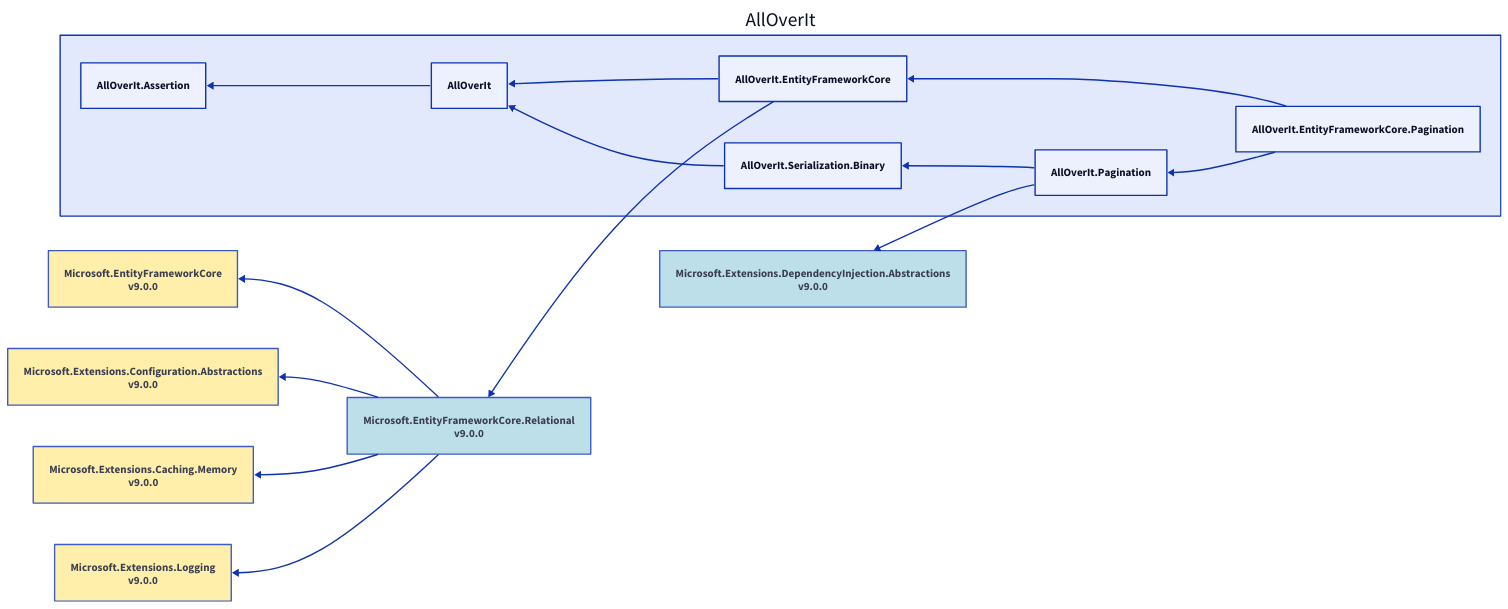
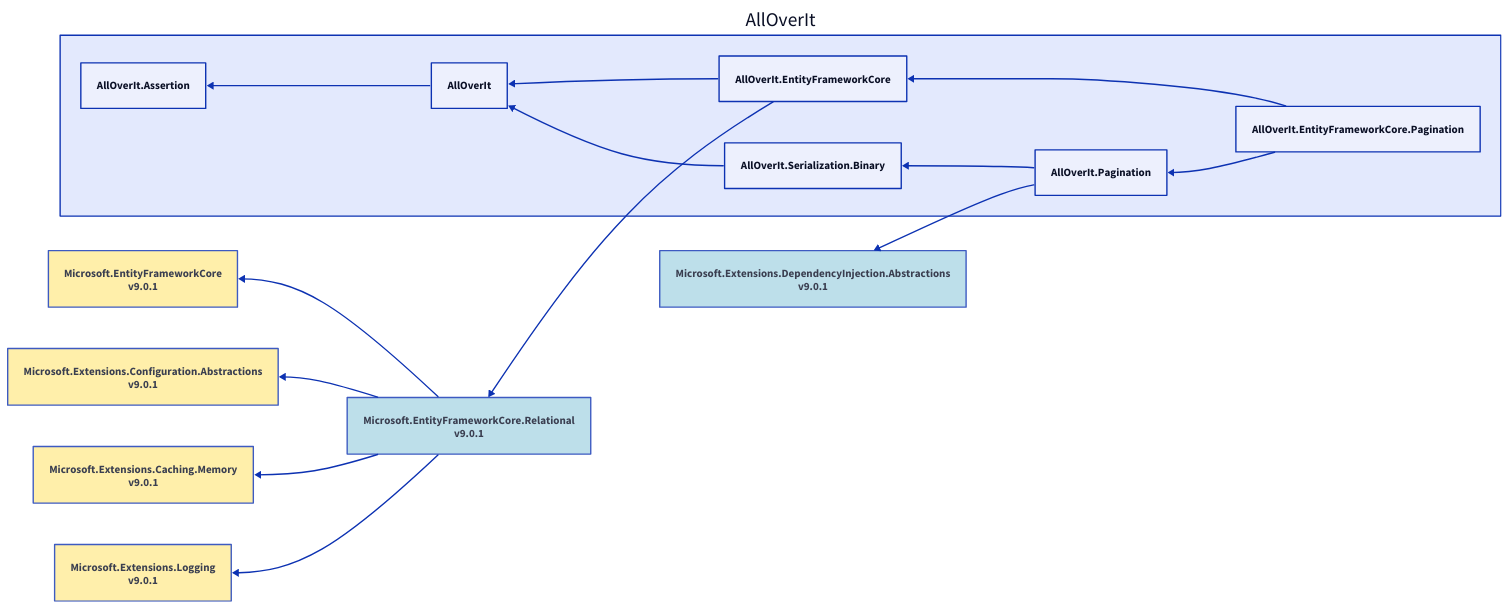
The diagram in Docs/Reference/Content/images/dependencies/net9.0/alloverit-entityframeworkcore-pagination.d2 (mjfreelancing/AllOverIt), drawn with D2 before and after one commit. The commit also changed 111 other files, not shown here.

```diff
--- a/Docs/Reference/Content/images/dependencies/net9.0/alloverit-entityframeworkcore-pagination.d2
+++ b/Docs/Reference/Content/images/dependencies/net9.0/alloverit-entityframeworkcore-pagination.d2
@@ -1,39 +1,39 @@
 direction: left
 
 aoi: AllOverIt
 aoi.alloverit-entityframeworkcore-pagination: AllOverIt.EntityFrameworkCore.Pagination
 aoi.alloverit-entityframeworkcore: AllOverIt.EntityFrameworkCore
-microsoft-entityframeworkcore-relational_9-0-0: Microsoft.EntityFrameworkCore.Relational\nv9.0.0
-microsoft-entityframeworkcore-relational_9-0-0.style.fill: "#ADD8E6"
-microsoft-entityframeworkcore-relational_9-0-0.style.opacity: 0.8
-microsoft-entityframeworkcore_9-0-0: Microsoft.EntityFrameworkCore\nv9.0.0
-microsoft-entityframeworkcore_9-0-0.style.fill: "#FFEC96"
-microsoft-entityframeworkcore_9-0-0.style.opacity: 0.8
-microsoft-entityframeworkcore_9-0-0 <- microsoft-entityframeworkcore-relational_9-0-0
-microsoft-extensions-configuration-abstractions_9-0-0: Microsoft.Extensions.Configuration.Abstractions\nv9.0.0
-microsoft-extensions-configuration-abstractions_9-0-0.style.fill: "#FFEC96"
-microsoft-extensions-configuration-abstractions_9-0-0.style.opacity: 0.8
-microsoft-extensions-configuration-abstractions_9-0-0 <- microsoft-entityframeworkcore-relational_9-0-0
-microsoft-extensions-caching-memory_9-0-0: Microsoft.Extensions.Caching.Memory\nv9.0.0
-microsoft-extensions-caching-memory_9-0-0.style.fill: "#FFEC96"
-microsoft-extensions-caching-memory_9-0-0.style.opacity: 0.8
-microsoft-extensions-caching-memory_9-0-0 <- microsoft-entityframeworkcore-relational_9-0-0
-microsoft-extensions-logging_9-0-0: Microsoft.Extensions.Logging\nv9.0.0
-microsoft-extensions-logging_9-0-0.style.fill: "#FFEC96"
-microsoft-extensions-logging_9-0-0.style.opacity: 0.8
-microsoft-extensions-logging_9-0-0 <- microsoft-entityframeworkcore-relational_9-0-0
-microsoft-entityframeworkcore-relational_9-0-0 <- aoi.alloverit-entityframeworkcore
+microsoft-entityframeworkcore-relational_9-0-1: Microsoft.EntityFrameworkCore.Relational\nv9.0.1
+microsoft-entityframeworkcore-relational_9-0-1.style.fill: "#ADD8E6"
+microsoft-entityframeworkcore-relational_9-0-1.style.opacity: 0.8
+microsoft-entityframeworkcore_9-0-1: Microsoft.EntityFrameworkCore\nv9.0.1
+microsoft-entityframeworkcore_9-0-1.style.fill: "#FFEC96"
+microsoft-entityframeworkcore_9-0-1.style.opacity: 0.8
+microsoft-entityframeworkcore_9-0-1 <- microsoft-entityframeworkcore-relational_9-0-1
+microsoft-extensions-configuration-abstractions_9-0-1: Microsoft.Extensions.Configuration.Abstractions\nv9.0.1
+microsoft-extensions-configuration-abstractions_9-0-1.style.fill: "#FFEC96"
+microsoft-extensions-configuration-abstractions_9-0-1.style.opacity: 0.8
+microsoft-extensions-configuration-abstractions_9-0-1 <- microsoft-entityframeworkcore-relational_9-0-1
+microsoft-extensions-caching-memory_9-0-1: Microsoft.Extensions.Caching.Memory\nv9.0.1
+microsoft-extensions-caching-memory_9-0-1.style.fill: "#FFEC96"
+microsoft-extensions-caching-memory_9-0-1.style.opacity: 0.8
+microsoft-extensions-caching-memory_9-0-1 <- microsoft-entityframeworkcore-relational_9-0-1
+microsoft-extensions-logging_9-0-1: Microsoft.Extensions.Logging\nv9.0.1
+microsoft-extensions-logging_9-0-1.style.fill: "#FFEC96"
+microsoft-extensions-logging_9-0-1.style.opacity: 0.8
+microsoft-extensions-logging_9-0-1 <- microsoft-entityframeworkcore-relational_9-0-1
+microsoft-entityframeworkcore-relational_9-0-1 <- aoi.alloverit-entityframeworkcore
 aoi.alloverit: AllOverIt
 aoi.alloverit-assertion: AllOverIt.Assertion
 aoi.alloverit-assertion <- aoi.alloverit
 aoi.alloverit <- aoi.alloverit-entityframeworkcore
 aoi.alloverit-entityframeworkcore <- aoi.alloverit-entityframeworkcore-pagination
 aoi.alloverit-pagination: AllOverIt.Pagination
-microsoft-extensions-dependencyinjection-abstractions_9-0-0: Microsoft.Extensions.DependencyInjection.Abstractions\nv9.0.0
-microsoft-extensions-dependencyinjection-abstractions_9-0-0.style.fill: "#ADD8E6"
-microsoft-extensions-dependencyinjection-abstractions_9-0-0.style.opacity: 0.8
-microsoft-extensions-dependencyinjection-abstractions_9-0-0 <- aoi.alloverit-pagination
+microsoft-extensions-dependencyinjection-abstractions_9-0-1: Microsoft.Extensions.DependencyInjection.Abstractions\nv9.0.1
+microsoft-extensions-dependencyinjection-abstractions_9-0-1.style.fill: "#ADD8E6"
+microsoft-extensions-dependencyinjection-abstractions_9-0-1.style.opacity: 0.8
+microsoft-extensions-dependencyinjection-abstractions_9-0-1 <- aoi.alloverit-pagination
 aoi.alloverit-serialization-binary: AllOverIt.Serialization.Binary
 aoi.alloverit <- aoi.alloverit-serialization-binary
 aoi.alloverit-serialization-binary <- aoi.alloverit-pagination
 aoi.alloverit-pagination <- aoi.alloverit-entityframeworkcore-pagination
```
